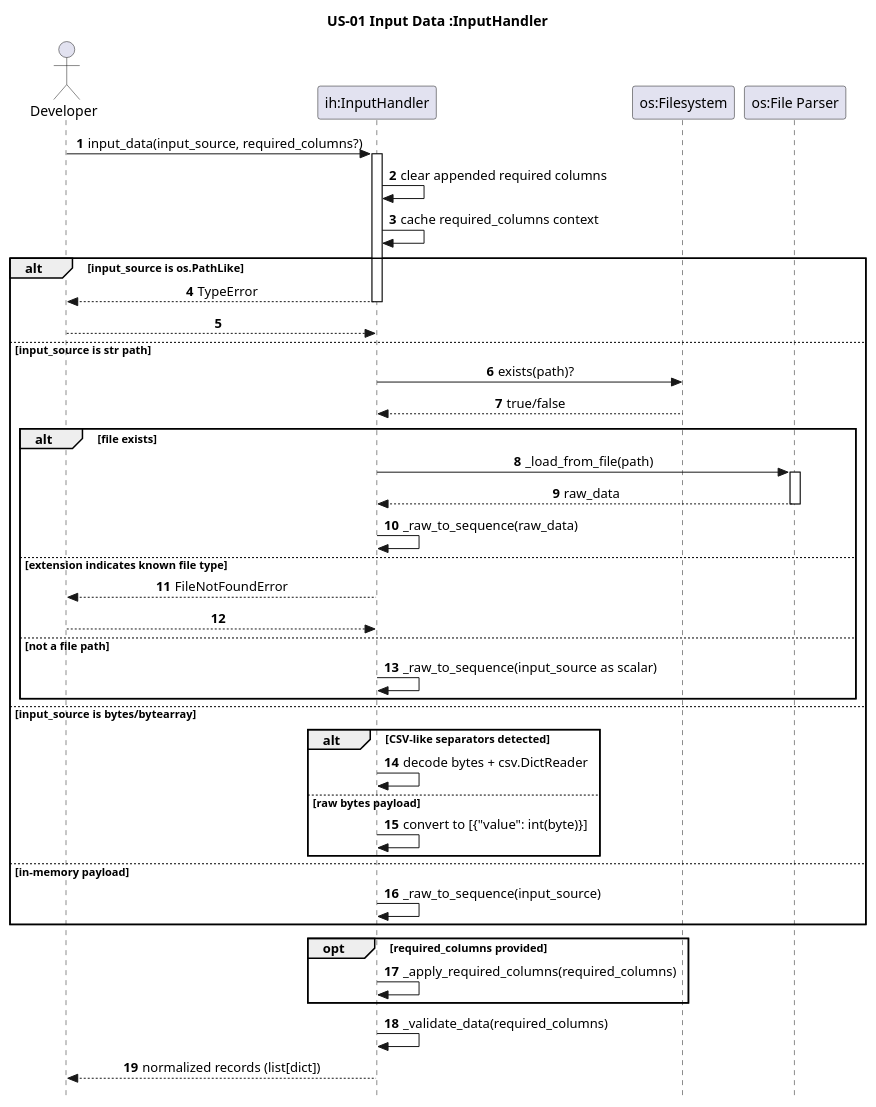
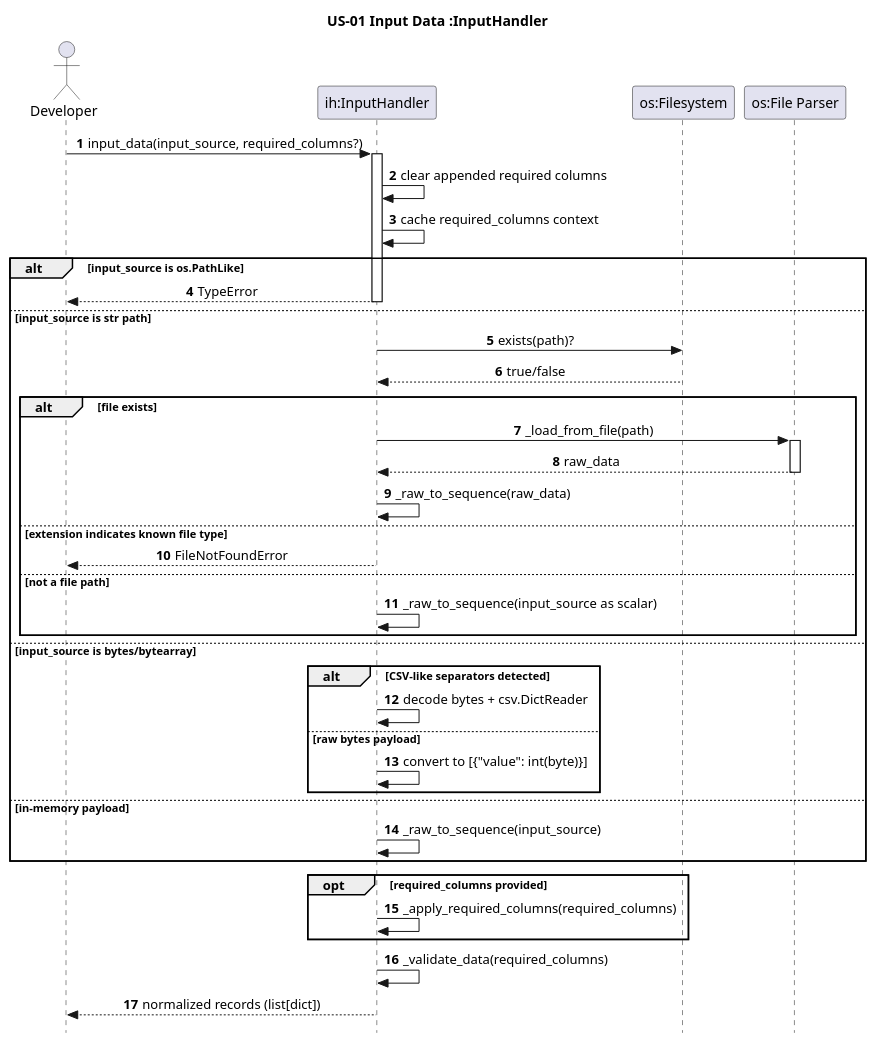
The diagram in docs/puml/US/us-01.puml (egrembocki/htmrl), drawn with PlantUML before and after one commit. The commit also changed 5 other files, not shown here.

Commit message:
Refine US UML files to strict sequence style

```diff
--- a/docs/puml/US/us-01.puml
+++ b/docs/puml/US/us-01.puml
@@ -1,58 +1,56 @@
 @startuml
 skinparam style strictuml
 skinparam sequenceMessageAlign center
 skinparam responseMessageBelowArrow true
 autonumber
 
 title US-01 Input Data :InputHandler
 
 actor Developer
 participant "ih:InputHandler" as IH
 participant "os:Filesystem" as FS
 participant "os:File Parser" as Parser
 
 Developer -> IH: input_data(input_source, required_columns?)
 activate IH
 IH -> IH: clear appended required columns
 IH -> IH: cache required_columns context
 
 alt input_source is os.PathLike
   IH --> Developer: TypeError
   deactivate IH
-  return
 else input_source is str path
   IH -> FS: exists(path)?
   FS --> IH: true/false
 
   alt file exists
     IH -> Parser: _load_from_file(path)
     activate Parser
     Parser --> IH: raw_data
     deactivate Parser
     IH -> IH: _raw_to_sequence(raw_data)
   else extension indicates known file type
     IH --> Developer: FileNotFoundError
     deactivate IH
-    return
   else not a file path
     IH -> IH: _raw_to_sequence(input_source as scalar)
   end
 else input_source is bytes/bytearray
   alt CSV-like separators detected
     IH -> IH: decode bytes + csv.DictReader
   else raw bytes payload
     IH -> IH: convert to [{"value": int(byte)}]
   end
 else in-memory payload
   IH -> IH: _raw_to_sequence(input_source)
 end
 
 opt required_columns provided
   IH -> IH: _apply_required_columns(required_columns)
 end
 
 IH -> IH: _validate_data(required_columns)
 IH --> Developer: normalized records (list[dict])
 
 deactivate IH
 @enduml
```
